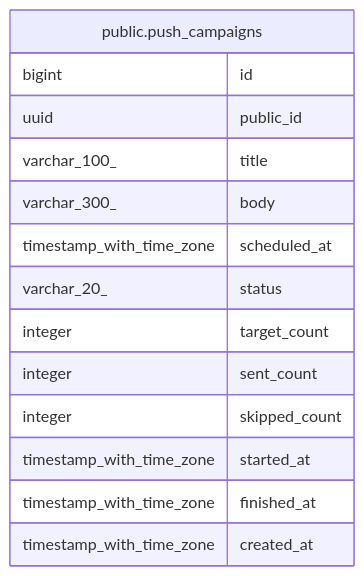
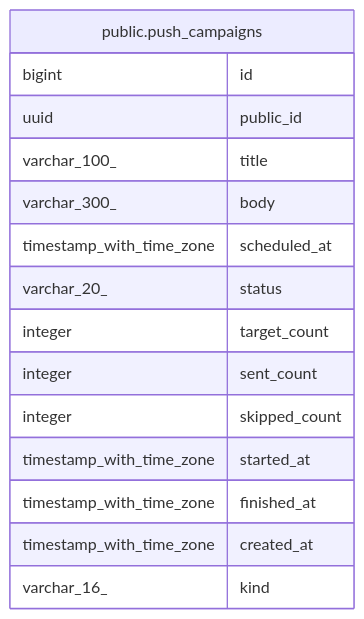
The diagram in dbdoc/public.push_campaigns.md (KIM-N-KANG/manyak-server), drawn with Mermaid before and after one commit. The commit also changed other lines of this file and 22 other files, not shown here.

````diff
--- a/dbdoc/public.push_campaigns.md
+++ b/dbdoc/public.push_campaigns.md
@@ -38,19 +40,20 @@
 ```mermaid
 erDiagram
 
 
 "public.push_campaigns" {
   bigint id
   uuid public_id
   varchar_100_ title
   varchar_300_ body
   timestamp_with_time_zone scheduled_at
   varchar_20_ status
   integer target_count
   integer sent_count
   integer skipped_count
   timestamp_with_time_zone started_at
   timestamp_with_time_zone finished_at
   timestamp_with_time_zone created_at
+  varchar_16_ kind
 }
 ```
````
